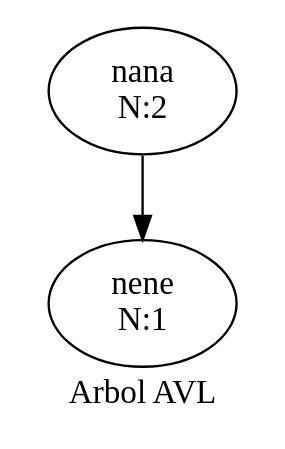
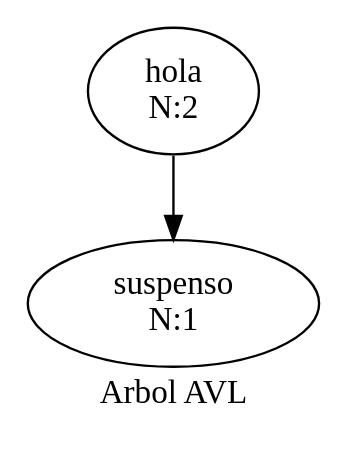
The diagram in EDD_Proyecto2/ArchivosDot/ArbolAVL.dot (hr9457/EDD_1S2020_PY2_201314296), drawn with Graphviz before and after one commit. The commit also changed 10 other files, not shown here.

```diff
--- a/EDD_Proyecto2/ArchivosDot/ArbolAVL.dot
+++ b/EDD_Proyecto2/ArchivosDot/ArbolAVL.dot
@@ -1,10 +1,10 @@
 digraph arbolAVL{
 rankdir=TB;
-nodonana[ label = " nana
+nodohola[ label = " hola
 N:2" ];
-nodonana->nodonene;
-nodonene[ label = " nene
+nodohola->nodosuspenso;
+nodosuspenso[ label = " suspenso
 N:1" ];
 
 label = " Arbol AVL "; 
 }
```
